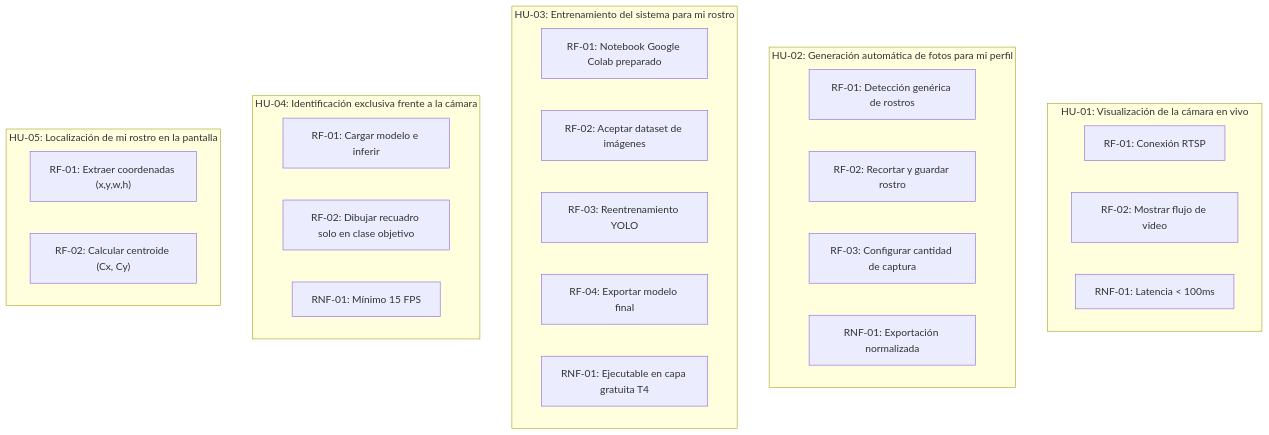
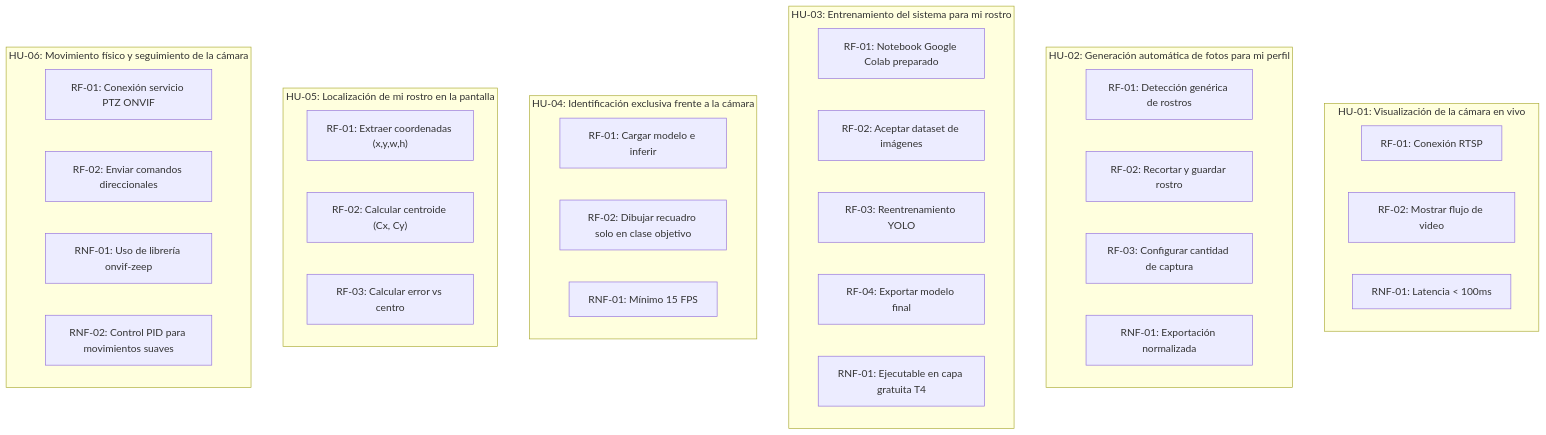
One commit to fiemcasals/seguidorCam changed the diagram in docs/grafo.md. Above: the diagram before and after it, drawn with Mermaid. The commit also changed other lines of this file, not shown here.

Commit message:
Actualiza docs/grafo.md

````diff
--- a/docs/grafo.md
+++ b/docs/grafo.md
@@ -5,30 +5,37 @@
 ```mermaid
 graph TD
   subgraph US_1785973986502["HU-01: Visualización de la cámara en vivo"]
     REQ_1785974832467["RF-01: Conexión RTSP"]
     REQ_1785974833072["RF-02: Mostrar flujo de video"]
     REQ_1785974833983["RNF-01: Latencia < 100ms"]
   end
   subgraph US_1785973986827["HU-02: Generación automática de fotos para mi perfil"]
     REQ_1785974834220["RF-01: Detección genérica de rostros"]
     REQ_1785974834478["RF-02: Recortar y guardar rostro"]
     REQ_1785974835053["RF-03: Configurar cantidad de captura"]
     REQ_1785974835757["RNF-01: Exportación normalizada"]
   end
   subgraph US_1785973987016["HU-03: Entrenamiento del sistema para mi rostro"]
     REQ_1785974835958["RF-01: Notebook Google Colab preparado"]
     REQ_1785974838027["RF-02: Aceptar dataset de imágenes"]
     REQ_1785974838161["RF-03: Reentrenamiento YOLO"]
     REQ_1785974838308["RF-04: Exportar modelo final"]
     REQ_1785974840878["RNF-01: Ejecutable en capa gratuita T4"]
   end
   subgraph US_1785973987206["HU-04: Identificación exclusiva frente a la cámara"]
     REQ_1785974842418["RF-01: Cargar modelo e inferir"]
     REQ_1785974843644["RF-02: Dibujar recuadro solo en clase objetivo"]
     REQ_1785974843884["RNF-01: Mínimo 15 FPS"]
   end
   subgraph US_1785973987388["HU-05: Localización de mi rostro en la pantalla"]
     REQ_1785974846222["RF-01: Extraer coordenadas (x,y,w,h)"]
     REQ_1785974849536["RF-02: Calcular centroide (Cx, Cy)"]
+    REQ_1785974850088["RF-03: Calcular error vs centro"]
+  end
+  subgraph US_1785973987561["HU-06: Movimiento físico y seguimiento de la cámara"]
+    REQ_1785974850231["RF-01: Conexión servicio PTZ ONVIF"]
+    REQ_1785974850355["RF-02: Enviar comandos direccionales"]
+    REQ_1785974852785["RNF-01: Uso de librería onvif-zeep"]
+    REQ_1785974855090["RNF-02: Control PID para movimientos suaves"]
   end
 ```
````
